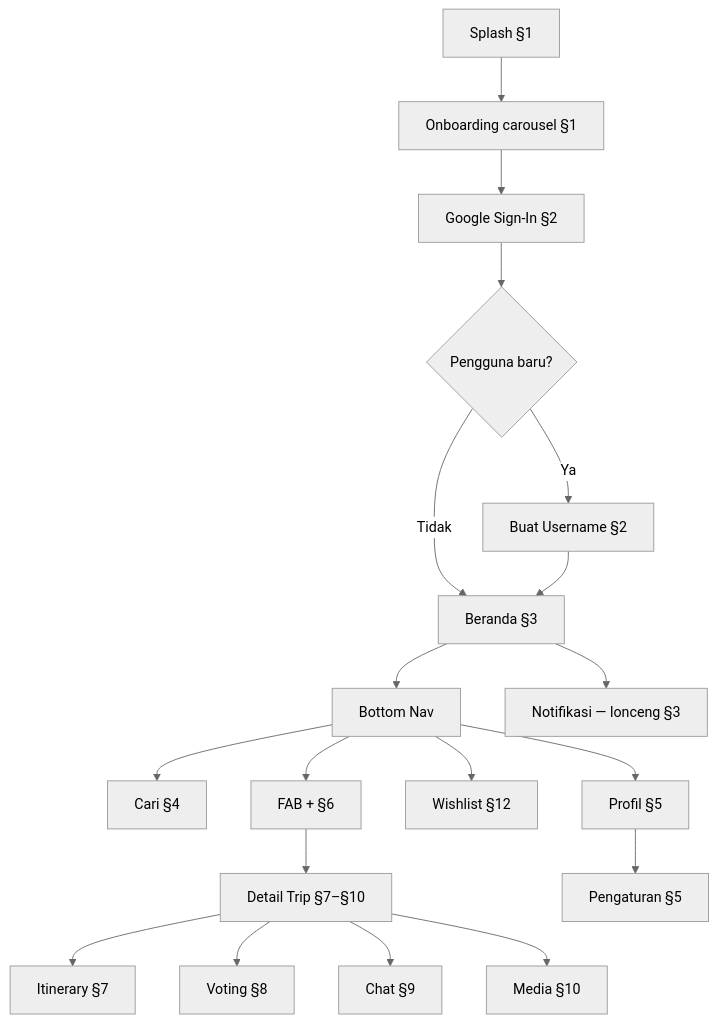
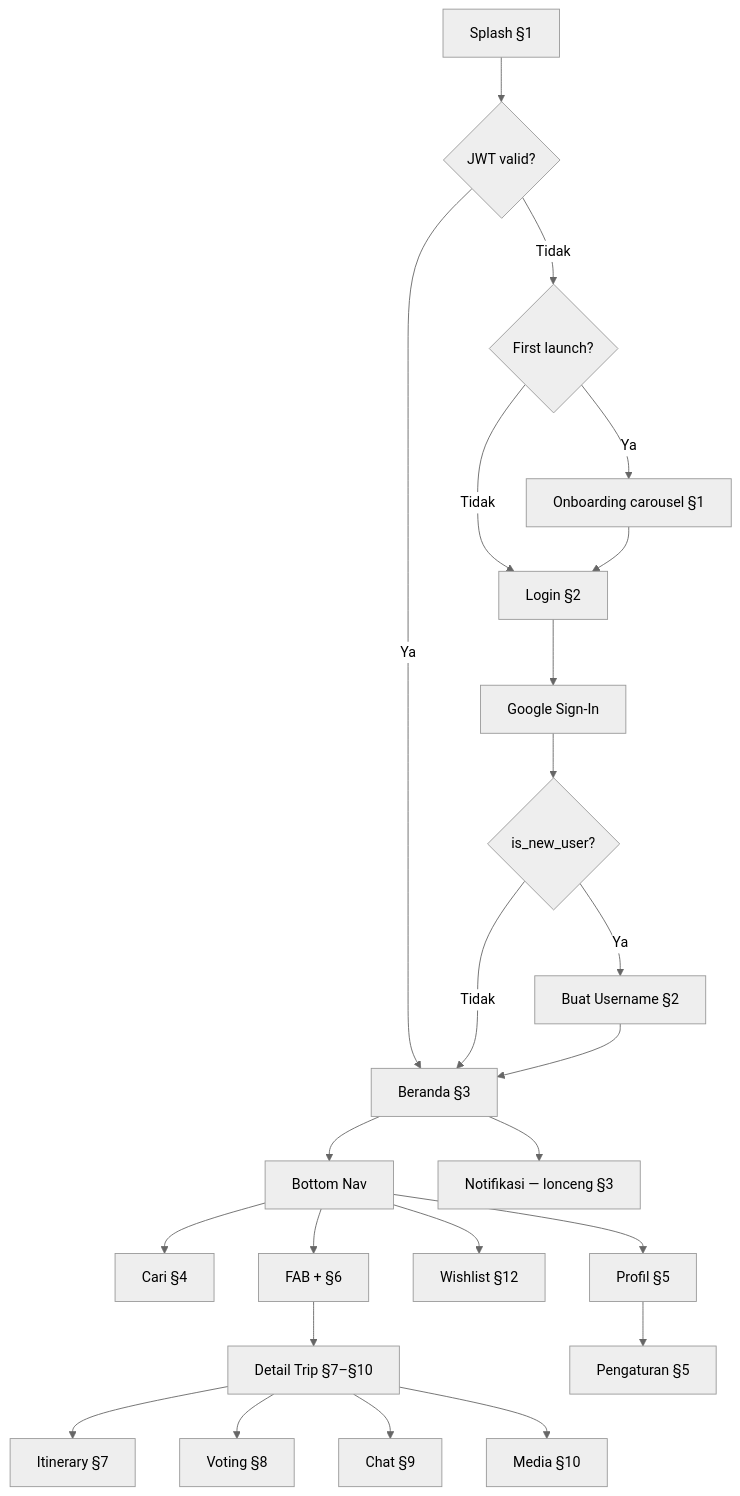
The diagram in docs/WORKFLOW.md (tondikii/sua-app), drawn with Mermaid (neutral theme) before and after one commit. The commit also changed other lines of this file and 9 other files, not shown here.

````diff
--- a/docs/WORKFLOW.md
+++ b/docs/WORKFLOW.md
@@ -22,21 +22,26 @@
 ```mermaid
 flowchart TD
-  A[Splash §1] --> B[Onboarding carousel §1]
-  B --> C[Google Sign-In §2]
-  C --> D{Pengguna baru?}
+  A[Splash §1] --> JWT{JWT valid?}
+  JWT -->|Ya| F[Beranda §3]
+  JWT -->|Tidak| FL{First launch?}
+  FL -->|Ya| B[Onboarding carousel §1]
+  FL -->|Tidak| C[Login §2]
+  B --> C
+  C --> GSI[Google Sign-In]
+  GSI --> D{is_new_user?}
   D -->|Ya| E[Buat Username §2]
-  D -->|Tidak| F[Beranda §3]
+  D -->|Tidak| F
   E --> F
   F --> G[Bottom Nav]
   G --> G1[Cari §4]
   G --> G2[FAB + §6]
   G --> G3[Wishlist §12]
   G --> G4[Profil §5]
   G2 --> H[Detail Trip §7–§10]
   H --> I[Itinerary §7]
   H --> J[Voting §8]
   H --> K[Chat §9]
   H --> L[Media §10]
   F --> M[Notifikasi — lonceng §3]
   G4 --> N[Pengaturan §5]
 ```
````
